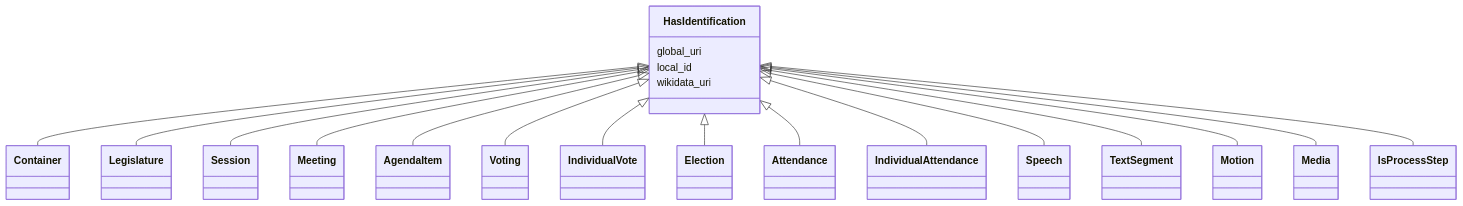
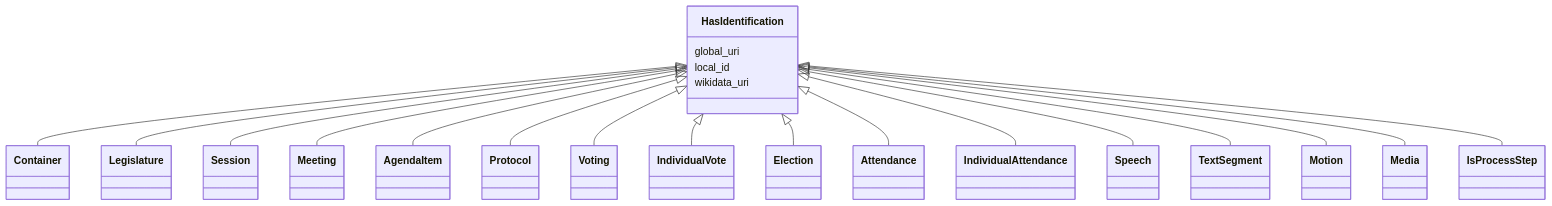
The diagram in ech-0293_operations/output/docs/HasIdentification.md (swiss/political-affairs-ech-group), drawn with Mermaid before and after one commit. The commit also changed other lines of this file and 78 other files, not shown here.

````diff
--- a/ech-0293_operations/output/docs/HasIdentification.md
+++ b/ech-0293_operations/output/docs/HasIdentification.md
@@ -27,43 +25,45 @@
 ```mermaid
  classDiagram
     class HasIdentification
     click HasIdentification href "../HasIdentification/"
       HasIdentification <|-- Container
         click Container href "../Container/"
       HasIdentification <|-- Legislature
         click Legislature href "../Legislature/"
       HasIdentification <|-- Session
         click Session href "../Session/"
       HasIdentification <|-- Meeting
         click Meeting href "../Meeting/"
       HasIdentification <|-- AgendaItem
         click AgendaItem href "../AgendaItem/"
+      HasIdentification <|-- Protocol
+        click Protocol href "../Protocol/"
       HasIdentification <|-- Voting
         click Voting href "../Voting/"
       HasIdentification <|-- IndividualVote
         click IndividualVote href "../IndividualVote/"
       HasIdentification <|-- Election
         click Election href "../Election/"
       HasIdentification <|-- Attendance
         click Attendance href "../Attendance/"
       HasIdentification <|-- IndividualAttendance
         click IndividualAttendance href "../IndividualAttendance/"
       HasIdentification <|-- Speech
         click Speech href "../Speech/"
       HasIdentification <|-- TextSegment
         click TextSegment href "../TextSegment/"
       HasIdentification <|-- Motion
         click Motion href "../Motion/"
       HasIdentification <|-- Media
         click Media href "../Media/"
       HasIdentification <|-- IsProcessStep
         click IsProcessStep href "../IsProcessStep/"
       
       HasIdentification : global_uri
         
       HasIdentification : local_id
         
       HasIdentification : wikidata_uri
         
       
 ```
````
